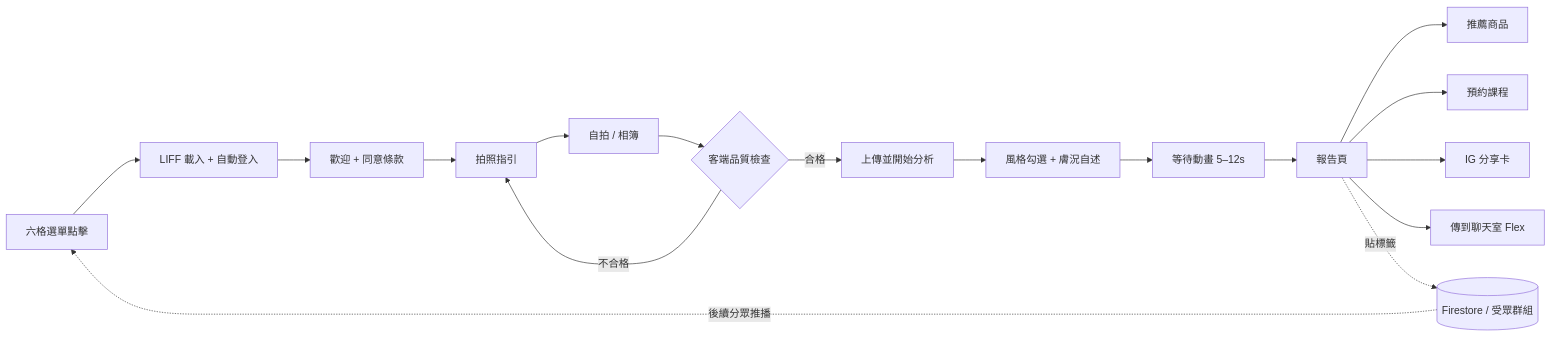
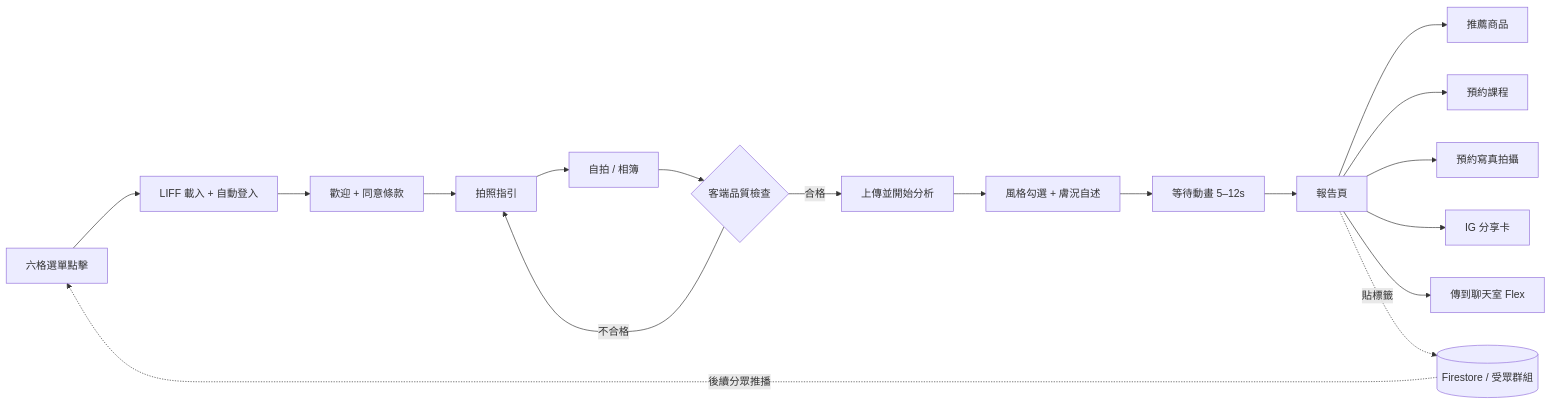
Before and after one commit to david84203/Uggboardgame: the diagram in docs/beauty-ai-liff/01-PRD.md, drawn with Mermaid. The commit also changed other lines of this file and 2 other files, not shown here.

````diff
--- a/docs/beauty-ai-liff/01-PRD.md
+++ b/docs/beauty-ai-liff/01-PRD.md
@@ -165,19 +172,20 @@
 ```mermaid
 flowchart LR
   A[六格選單點擊] --> B[LIFF 載入 + 自動登入]
   B --> C[歡迎 + 同意條款]
   C --> D[拍照指引]
   D --> E[自拍 / 相簿]
   E --> F{客端品質檢查}
   F -- 不合格 --> D
   F -- 合格 --> G[上傳並開始分析]
   G --> H[風格勾選 + 膚況自述]
   H --> I[等待動畫 5–12s]
   I --> J[報告頁]
   J --> K1[推薦商品]
   J --> K2[預約課程]
-  J --> K3[IG 分享卡]
+  J --> K3[預約寫真拍攝]
+  J --> K4[IG 分享卡]
   J --> L[傳到聊天室 Flex]
   J -.貼標籤.-> M[(Firestore / 受眾群組)]
   M -.後續分眾推播.-> A
 ```
````
